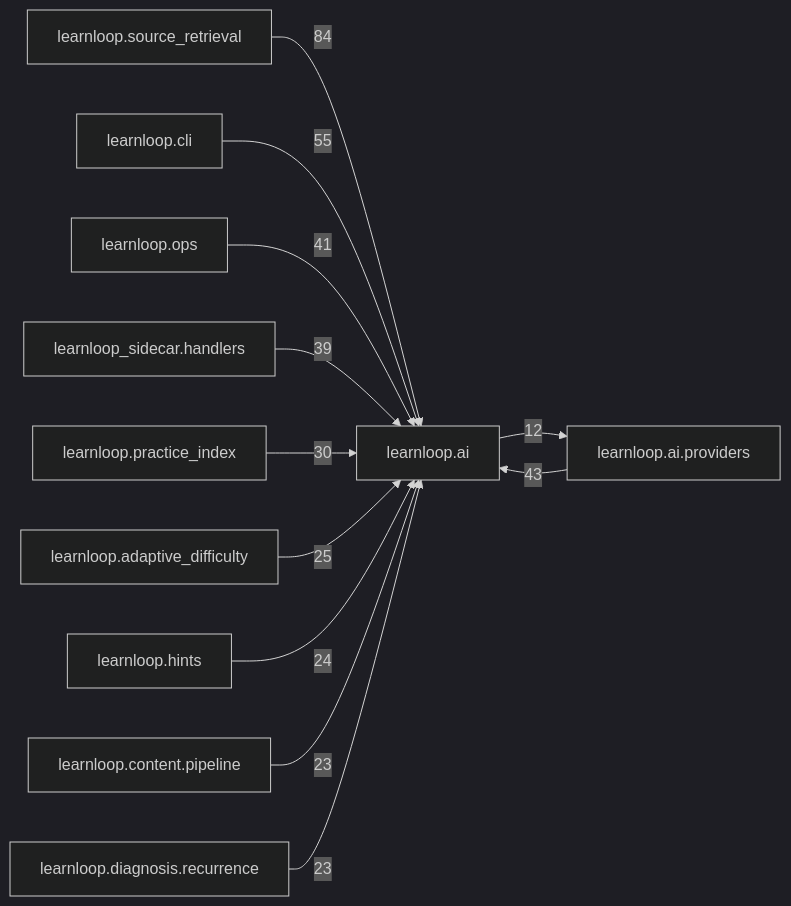
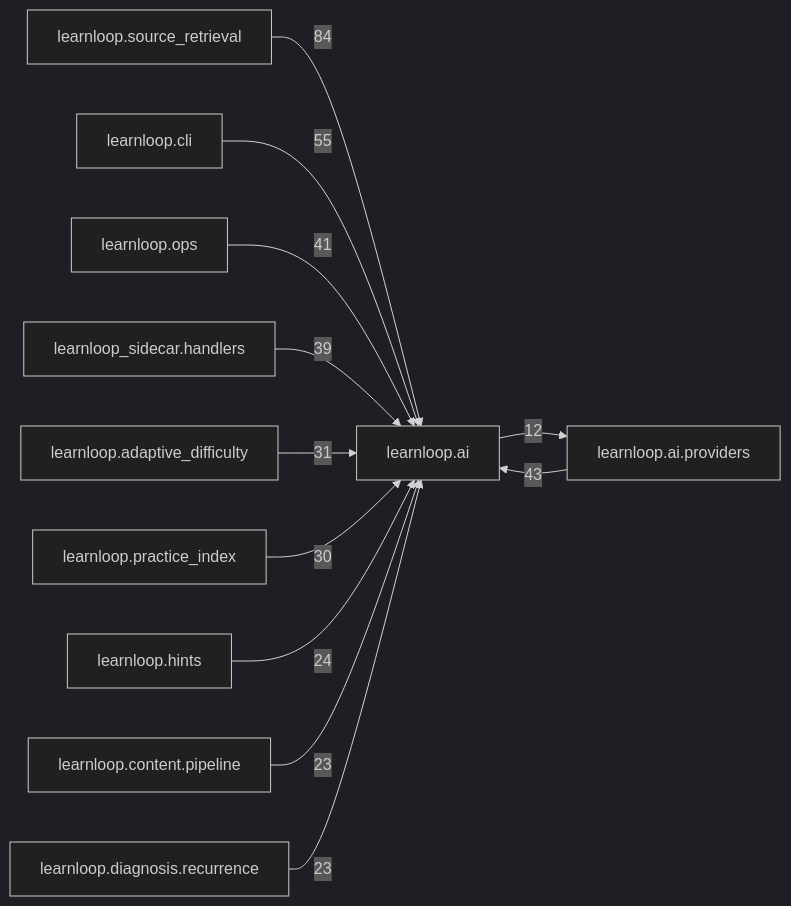
Before and after one commit to 6up-b/learnanything: the diagram in docs/learnloop-architecture-vault/Reference/Modules/learnloop/ai/_package.md, drawn with Mermaid (dark theme). The commit also changed other lines of this file and 638 other files, not shown here.

````diff
--- a/docs/learnloop-architecture-vault/Reference/Modules/learnloop/ai/_package.md
+++ b/docs/learnloop-architecture-vault/Reference/Modules/learnloop/ai/_package.md
@@ -162,25 +162,25 @@
 ```mermaid
 flowchart LR
     center["learnloop.ai"]
     n_learnloop_source_retrieval["learnloop.source_retrieval"]
     n_learnloop_ai_providers["learnloop.ai.providers"]
     n_learnloop_cli["learnloop.cli"]
     n_learnloop_ops["learnloop.ops"]
     n_learnloop_sidecar_handlers["learnloop_sidecar.handlers"]
+    n_learnloop_adaptive_difficulty["learnloop.adaptive_difficulty"]
     n_learnloop_practice_index["learnloop.practice_index"]
-    n_learnloop_adaptive_difficulty["learnloop.adaptive_difficulty"]
     n_learnloop_hints["learnloop.hints"]
     n_learnloop_content_pipeline["learnloop.content.pipeline"]
     n_learnloop_diagnosis_recurrence["learnloop.diagnosis.recurrence"]
     n_learnloop_source_retrieval -->|84| center
     n_learnloop_ai_providers -->|43| center
     center -->|12| n_learnloop_ai_providers
     n_learnloop_cli -->|55| center
     n_learnloop_ops -->|41| center
     n_learnloop_sidecar_handlers -->|39| center
+    n_learnloop_adaptive_difficulty -->|31| center
     n_learnloop_practice_index -->|30| center
-    n_learnloop_adaptive_difficulty -->|25| center
     n_learnloop_hints -->|24| center
     n_learnloop_content_pipeline -->|23| center
     n_learnloop_diagnosis_recurrence -->|23| center
 ```
````
